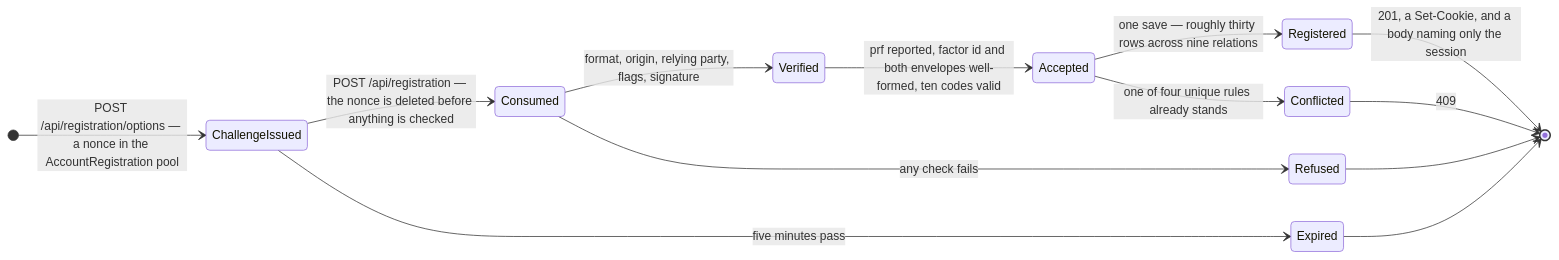
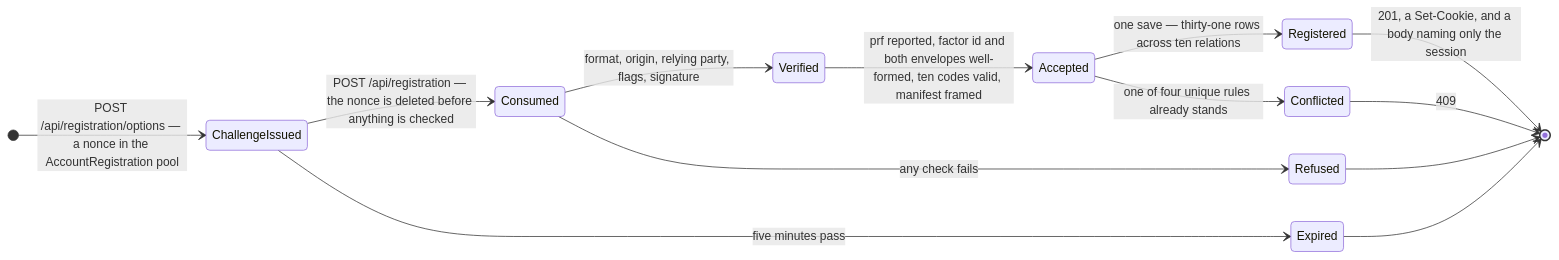
Before and after one commit to anton-kochev/budgetoid: the second of 3 diagrams in docs/business-logic/registration.md, drawn with Mermaid. The commit also changed other lines of this file and 30 other files, not shown here.

````diff
--- a/docs/business-logic/registration.md
+++ b/docs/business-logic/registration.md
@@ -623,16 +704,16 @@
 ```mermaid
 stateDiagram-v2
     direction LR
     [*] --> ChallengeIssued : POST /api/registration/options — a nonce in the AccountRegistration pool
     ChallengeIssued --> Consumed : POST /api/registration — the nonce is deleted before anything is checked
     Consumed --> Verified : format, origin, relying party, flags, signature
-    Verified --> Accepted : prf reported, factor id and both envelopes well-formed, ten codes valid
-    Accepted --> Registered : one save — roughly thirty rows across nine relations
+    Verified --> Accepted : prf reported, factor id and both envelopes well-formed, ten codes valid, manifest framed
+    Accepted --> Registered : one save — thirty-one rows across ten relations
     Accepted --> Conflicted : one of four unique rules already stands
     Consumed --> Refused : any check fails
     ChallengeIssued --> Expired : five minutes pass
     Registered --> [*] : 201, a Set-Cookie, and a body naming only the session
     Conflicted --> [*] : 409
     Refused --> [*]
     Expired --> [*]
 ```
````
